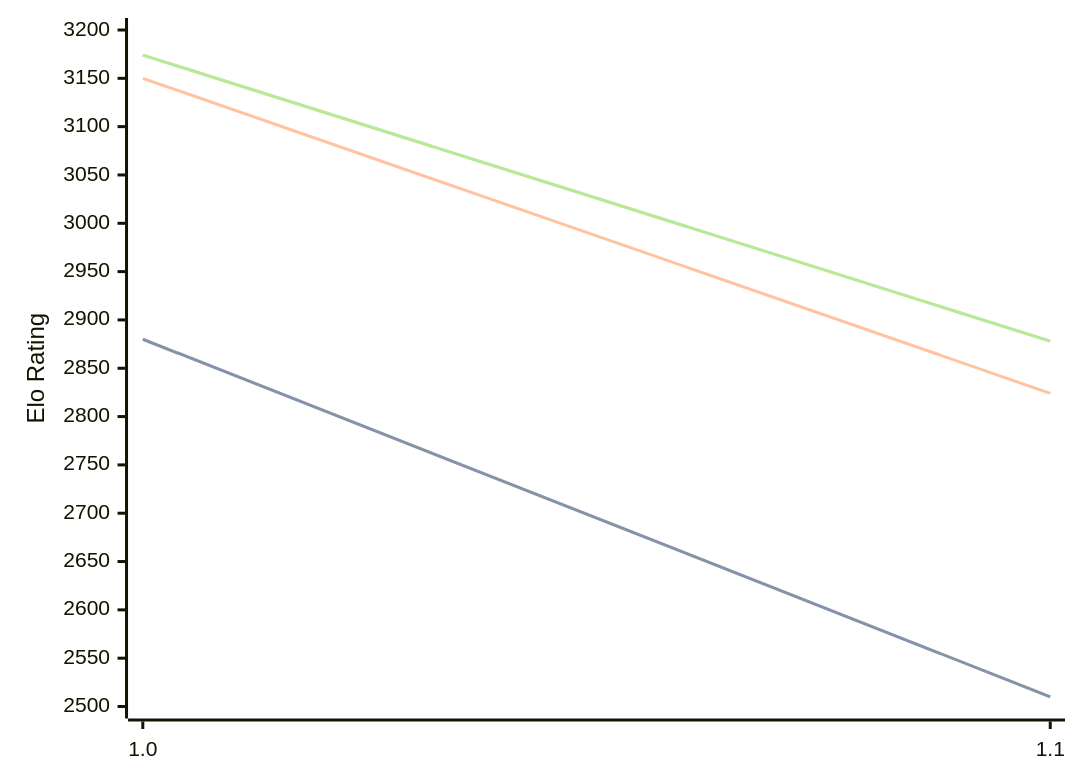
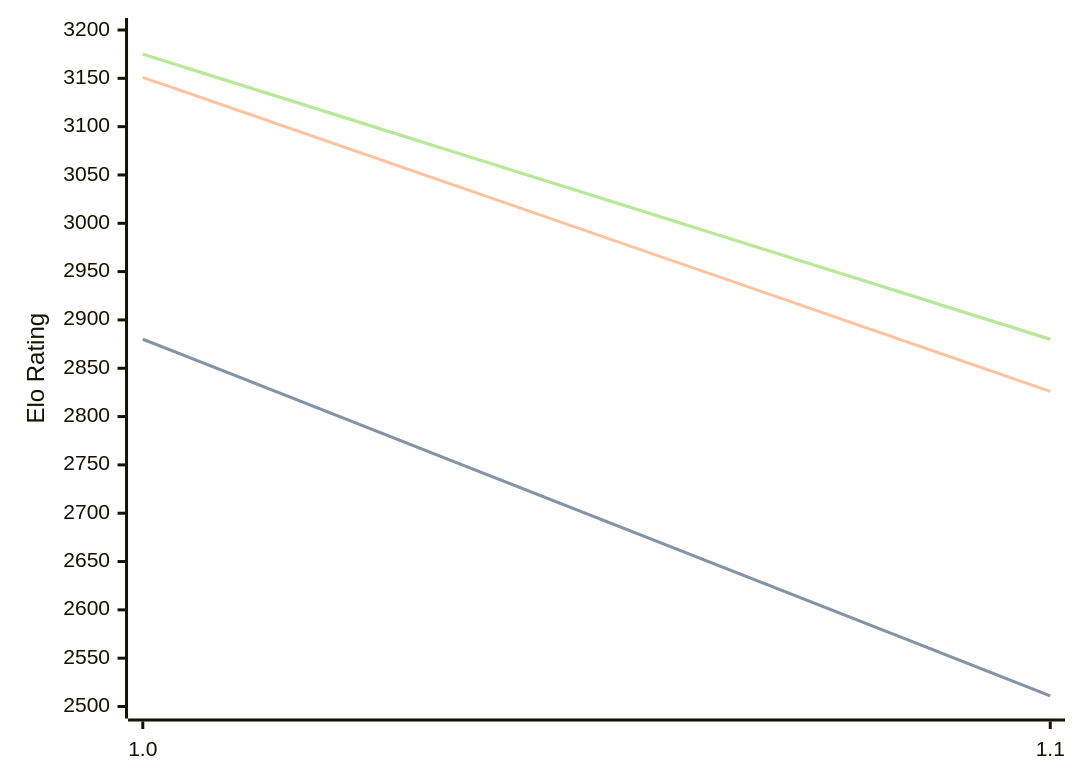
The diagram in engines/Publius.md (computer-chess-index/cci), drawn with Mermaid before and after one commit. The commit also changed other lines of this file, not shown here.

Commit message:
Update CCI Ratings (ELO VLTC) - 2026-02-21

````diff
--- a/engines/Publius.md
+++ b/engines/Publius.md
@@ -29,11 +29,11 @@
 ```mermaid
 %%{init: {"theme":"base","themeVariables":{"seriesColors:['#a3a3a3','#222221','#faa371']}}}%%
 xychart-beta
   x-axis ["1.0", "1.1"]
   y-axis "Elo Rating" 2500 --> 3200
-  line "STC (8.0+0.08s)" [2880, 2510]
-  line "STC (8.0+0.08s)" [2880, 2510]
-  line "LTC (60.0+0.60s)" [3150, 2824]
-  line "VLTC (2m24s+1.12s)" [3174, 2878]
-  line "VLTC (2m24s+1.12s)" [3174, 2878]
+  line "STC (8.0+0.08s)" [2880, 2511]
+  line "STC (8.0+0.08s)" [2880, 2511]
+  line "LTC (60.0+0.60s)" [3151, 2826]
+  line "VLTC (2m24s+1.12s)" [3175, 2880]
+  line "VLTC (2m24s+1.12s)" [3175, 2880]
 ```
````
